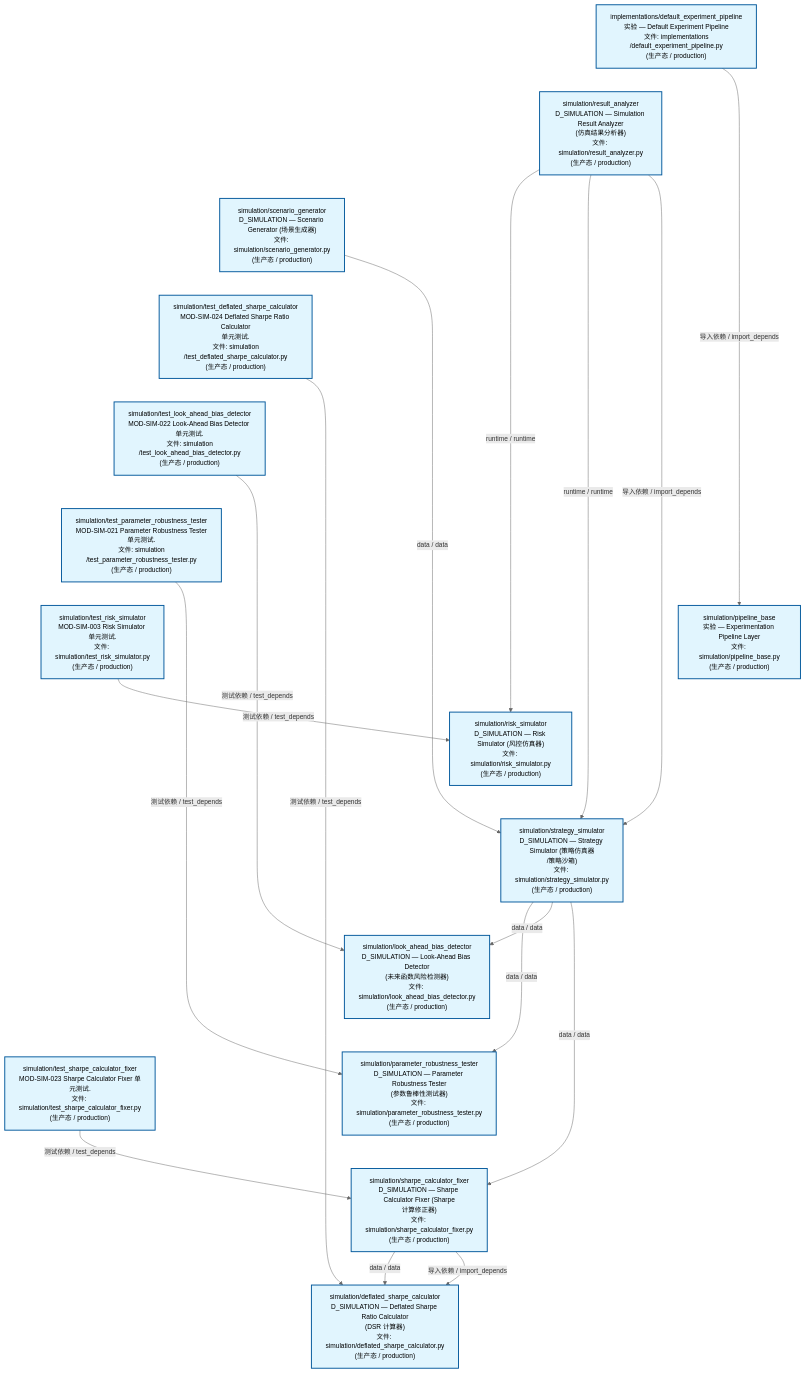
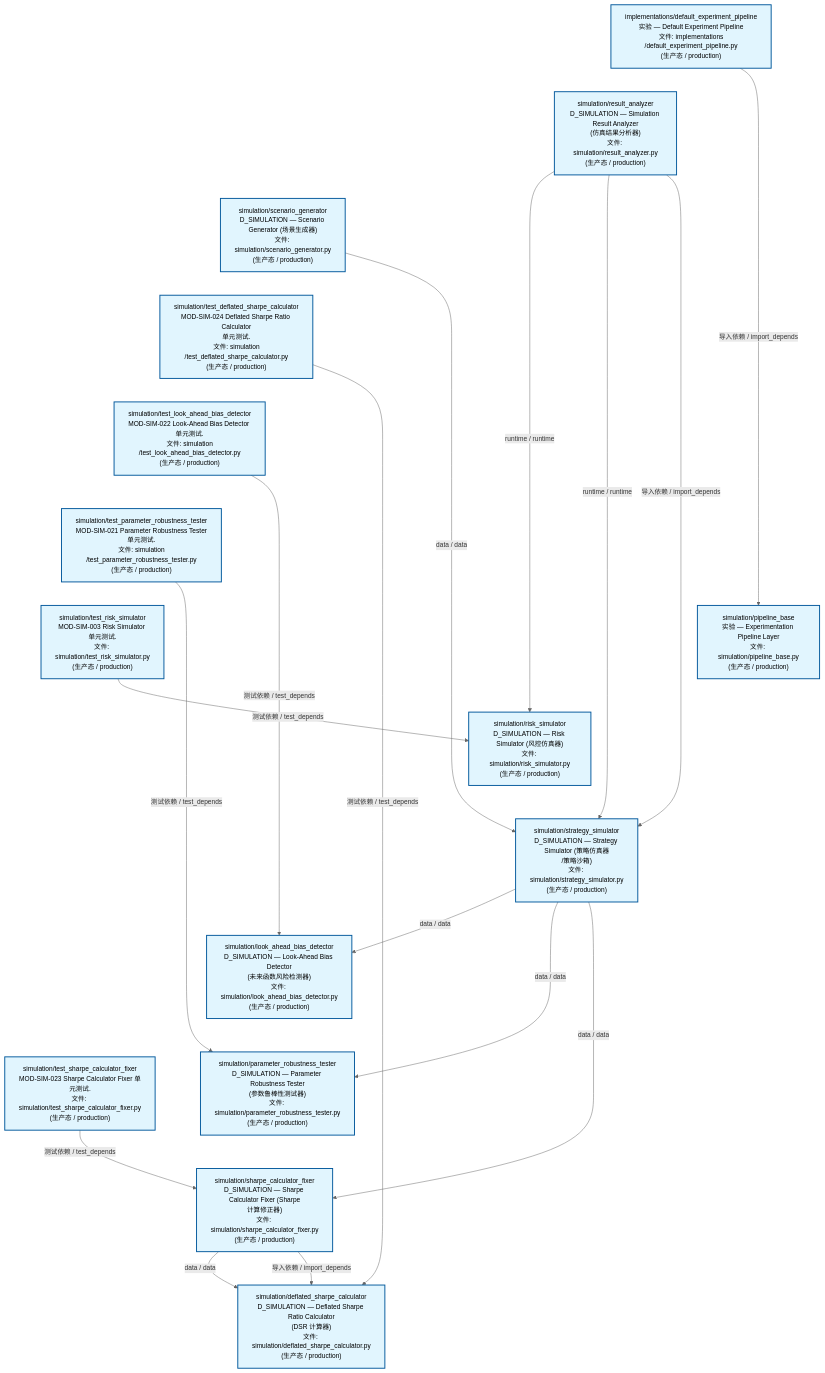
The second of 3 diagrams in docs/02_enterprise_architecture/02_domain_architecture_docs/70_d_simulation.md (xuanFelixVan/ZephyrAlpha), drawn with Mermaid before and after one commit. The commit also changed other lines of this file and 55 other files, not shown here.

````diff
--- a/docs/02_enterprise_architecture/02_domain_architecture_docs/70_d_simulation.md
+++ b/docs/02_enterprise_architecture/02_domain_architecture_docs/70_d_simulation.md
@@ -123,50 +123,50 @@
 ```mermaid
 %%{init: {'theme': 'base', 'themeVariables': {'primaryColor': '#eaeaea', 'primaryTextColor': '#333333', 'primaryBorderColor': '#666666', 'lineColor': '#666666', 'secondaryColor': '#eaeaea', 'tertiaryColor': '#eaeaea', 'fontSize': '14px'}}}%%
 flowchart TD
     src_zephyr_simulation_implementations_default_experiment_pipeline_py["implementations/default_experiment_pipeline<br/>实验 — Default Experiment Pipeline<br/>文件: implementations<br/>/default_experiment_pipeline.py<br/>(生产态 / production)"]
     src_zephyr_simulation_result_analyzer_py["simulation/result_analyzer<br/>D_SIMULATION — Simulation Result Analyzer<br/>(仿真结果分析器)<br/>文件: simulation/result_analyzer.py<br/>(生产态 / production)"]
     src_zephyr_simulation_scenario_generator_py["simulation/scenario_generator<br/>D_SIMULATION — Scenario Generator (场景生成器)<br/>文件: simulation/scenario_generator.py<br/>(生产态 / production)"]
     tests_simulation_test_deflated_sharpe_calculator_py["simulation/test_deflated_sharpe_calculator<br/>MOD-SIM-024 Deflated Sharpe Ratio Calculator<br/>单元测试.<br/>文件: simulation<br/>/test_deflated_sharpe_calculator.py<br/>(生产态 / production)"]
     tests_simulation_test_look_ahead_bias_detector_py["simulation/test_look_ahead_bias_detector<br/>MOD-SIM-022 Look-Ahead Bias Detector 单元测试.<br/>文件: simulation<br/>/test_look_ahead_bias_detector.py<br/>(生产态 / production)"]
     tests_simulation_test_parameter_robustness_tester_py["simulation/test_parameter_robustness_tester<br/>MOD-SIM-021 Parameter Robustness Tester<br/>单元测试.<br/>文件: simulation<br/>/test_parameter_robustness_tester.py<br/>(生产态 / production)"]
     tests_simulation_test_risk_simulator_py["simulation/test_risk_simulator<br/>MOD-SIM-003 Risk Simulator 单元测试.<br/>文件: simulation/test_risk_simulator.py<br/>(生产态 / production)"]
     tests_simulation_test_sharpe_calculator_fixer_py["simulation/test_sharpe_calculator_fixer<br/>MOD-SIM-023 Sharpe Calculator Fixer 单元测试.<br/>文件: simulation/test_sharpe_calculator_fixer.py<br/>(生产态 / production)"]
     src_zephyr_simulation_implementations_default_experiment_pipeline_py ~~~ src_zephyr_simulation_result_analyzer_py
     src_zephyr_simulation_result_analyzer_py ~~~ src_zephyr_simulation_scenario_generator_py
     src_zephyr_simulation_scenario_generator_py ~~~ tests_simulation_test_deflated_sharpe_calculator_py
     tests_simulation_test_deflated_sharpe_calculator_py ~~~ tests_simulation_test_look_ahead_bias_detector_py
     tests_simulation_test_look_ahead_bias_detector_py ~~~ tests_simulation_test_parameter_robustness_tester_py
     tests_simulation_test_parameter_robustness_tester_py ~~~ tests_simulation_test_risk_simulator_py
     tests_simulation_test_risk_simulator_py ~~~ tests_simulation_test_sharpe_calculator_fixer_py
     src_zephyr_simulation_pipeline_base_py["simulation/pipeline_base<br/>实验 — Experimentation Pipeline Layer<br/>文件: simulation/pipeline_base.py<br/>(生产态 / production)"]
     src_zephyr_simulation_risk_simulator_py["simulation/risk_simulator<br/>D_SIMULATION — Risk Simulator (风控仿真器)<br/>文件: simulation/risk_simulator.py<br/>(生产态 / production)"]
     src_zephyr_simulation_strategy_simulator_py["simulation/strategy_simulator<br/>D_SIMULATION — Strategy Simulator (策略仿真器<br/>/策略沙箱)<br/>文件: simulation/strategy_simulator.py<br/>(生产态 / production)"]
     src_zephyr_simulation_pipeline_base_py ~~~ src_zephyr_simulation_risk_simulator_py
     src_zephyr_simulation_risk_simulator_py ~~~ src_zephyr_simulation_strategy_simulator_py
     src_zephyr_simulation_look_ahead_bias_detector_py["simulation/look_ahead_bias_detector<br/>D_SIMULATION — Look-Ahead Bias Detector<br/>(未来函数风险检测器)<br/>文件: simulation/look_ahead_bias_detector.py<br/>(生产态 / production)"]
     src_zephyr_simulation_parameter_robustness_tester_py["simulation/parameter_robustness_tester<br/>D_SIMULATION — Parameter Robustness Tester<br/>(参数鲁棒性测试器)<br/>文件: simulation/parameter_robustness_tester.py<br/>(生产态 / production)"]
     src_zephyr_simulation_sharpe_calculator_fixer_py["simulation/sharpe_calculator_fixer<br/>D_SIMULATION — Sharpe Calculator Fixer (Sharpe<br/>计算修正器)<br/>文件: simulation/sharpe_calculator_fixer.py<br/>(生产态 / production)"]
     src_zephyr_simulation_look_ahead_bias_detector_py ~~~ src_zephyr_simulation_parameter_robustness_tester_py
     src_zephyr_simulation_parameter_robustness_tester_py ~~~ src_zephyr_simulation_sharpe_calculator_fixer_py
     src_zephyr_simulation_deflated_sharpe_calculator_py["simulation/deflated_sharpe_calculator<br/>D_SIMULATION — Deflated Sharpe Ratio Calculator<br/>(DSR 计算器)<br/>文件: simulation/deflated_sharpe_calculator.py<br/>(生产态 / production)"]
-    src_zephyr_simulation_scenario_generator_py -->|data / data| src_zephyr_simulation_strategy_simulator_py
     src_zephyr_simulation_result_analyzer_py -->|runtime / runtime| src_zephyr_simulation_risk_simulator_py
     src_zephyr_simulation_result_analyzer_py -->|runtime / runtime| src_zephyr_simulation_strategy_simulator_py
     src_zephyr_simulation_result_analyzer_py -->|导入依赖 / import_depends| src_zephyr_simulation_strategy_simulator_py
+    src_zephyr_simulation_scenario_generator_py -->|data / data| src_zephyr_simulation_strategy_simulator_py
+    src_zephyr_simulation_strategy_simulator_py -->|data / data| src_zephyr_simulation_look_ahead_bias_detector_py
     src_zephyr_simulation_strategy_simulator_py -->|data / data| src_zephyr_simulation_parameter_robustness_tester_py
-    src_zephyr_simulation_strategy_simulator_py -->|data / data| src_zephyr_simulation_look_ahead_bias_detector_py
     src_zephyr_simulation_strategy_simulator_py -->|data / data| src_zephyr_simulation_sharpe_calculator_fixer_py
+    src_zephyr_simulation_implementations_default_experiment_pipeline_py -->|导入依赖 / import_depends| src_zephyr_simulation_pipeline_base_py
     src_zephyr_simulation_sharpe_calculator_fixer_py -->|data / data| src_zephyr_simulation_deflated_sharpe_calculator_py
     src_zephyr_simulation_sharpe_calculator_fixer_py -->|导入依赖 / import_depends| src_zephyr_simulation_deflated_sharpe_calculator_py
-    src_zephyr_simulation_implementations_default_experiment_pipeline_py -->|导入依赖 / import_depends| src_zephyr_simulation_pipeline_base_py
+    tests_simulation_test_look_ahead_bias_detector_py -->|测试依赖 / test_depends| src_zephyr_simulation_look_ahead_bias_detector_py
     tests_simulation_test_deflated_sharpe_calculator_py -->|测试依赖 / test_depends| src_zephyr_simulation_deflated_sharpe_calculator_py
     tests_simulation_test_parameter_robustness_tester_py -->|测试依赖 / test_depends| src_zephyr_simulation_parameter_robustness_tester_py
-    tests_simulation_test_look_ahead_bias_detector_py -->|测试依赖 / test_depends| src_zephyr_simulation_look_ahead_bias_detector_py
     tests_simulation_test_sharpe_calculator_fixer_py -->|测试依赖 / test_depends| src_zephyr_simulation_sharpe_calculator_fixer_py
     tests_simulation_test_risk_simulator_py -->|测试依赖 / test_depends| src_zephyr_simulation_risk_simulator_py
     classDef production fill:#e1f5fe,stroke:#01579b,stroke-width:2px,color:#000
     classDef design fill:#fff3e0,stroke:#e65100,stroke-width:2px,color:#000,stroke-dasharray: 5 5
     classDef external_prod fill:#e8f4fd,stroke:#0277bd,stroke-width:1px,color:#000
     classDef external_design fill:#fff8e7,stroke:#ef6c00,stroke-width:1px,color:#000,stroke-dasharray: 5 5
     class src_zephyr_simulation_deflated_sharpe_calculator_py,src_zephyr_simulation_implementations_default_experiment_pipeline_py,src_zephyr_simulation_look_ahead_bias_detector_py,src_zephyr_simulation_parameter_robustness_tester_py,src_zephyr_simulation_pipeline_base_py,src_zephyr_simulation_result_analyzer_py,src_zephyr_simulation_risk_simulator_py,src_zephyr_simulation_scenario_generator_py,src_zephyr_simulation_sharpe_calculator_fixer_py,src_zephyr_simulation_strategy_simulator_py,tests_simulation_test_deflated_sharpe_calculator_py,tests_simulation_test_look_ahead_bias_detector_py,tests_simulation_test_parameter_robustness_tester_py,tests_simulation_test_risk_simulator_py,tests_simulation_test_sharpe_calculator_fixer_py production
 ```
````
